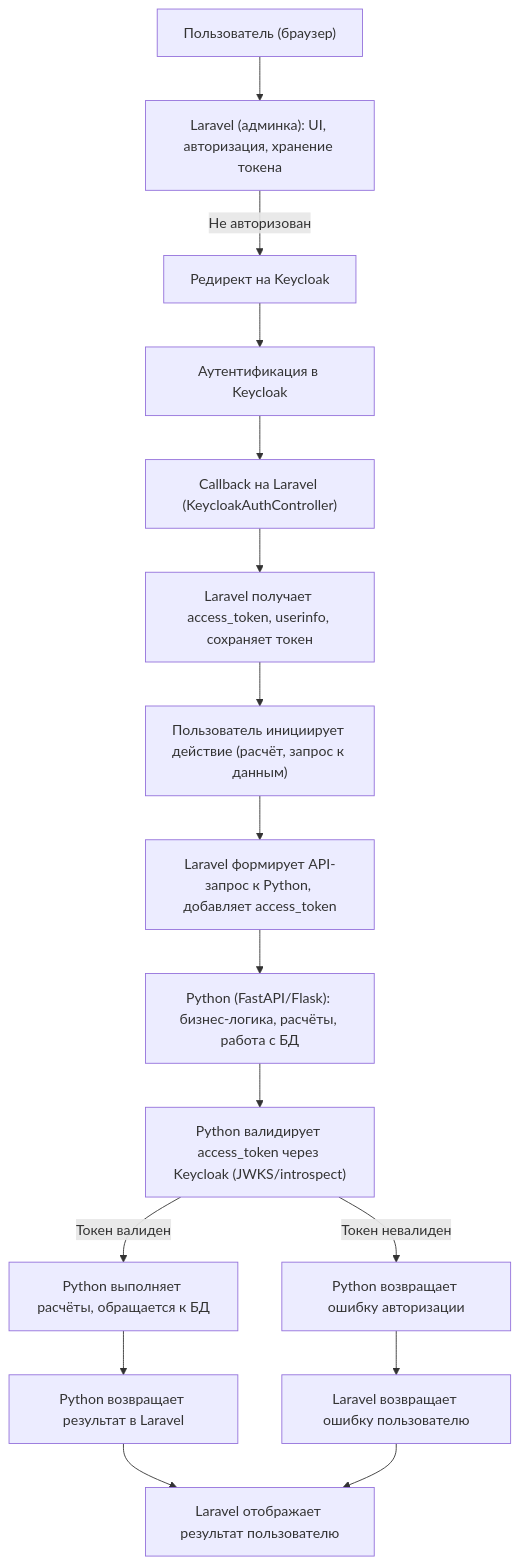
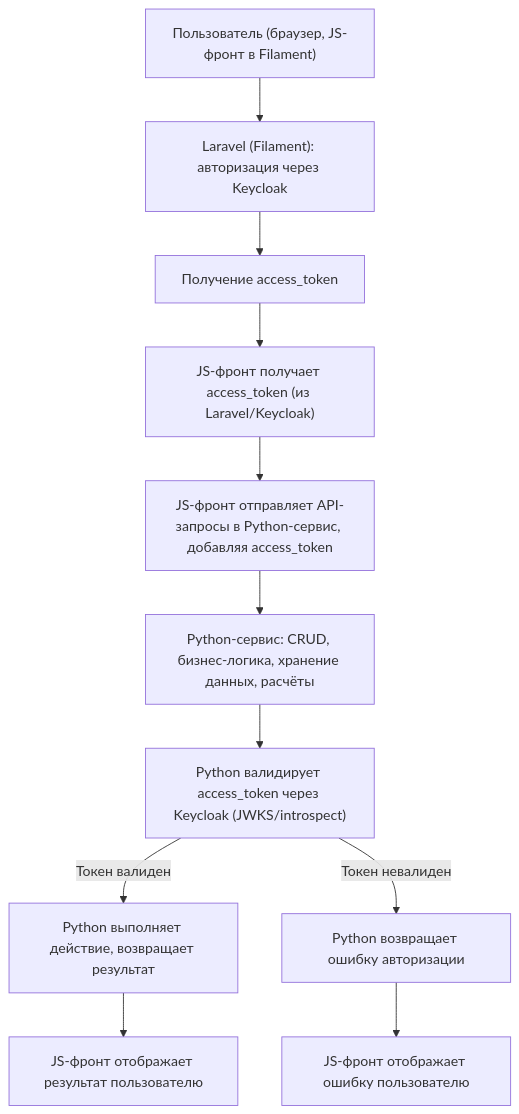
One commit to M-II-M/Diplom changed the diagram in README.md. Above: the diagram before and after it, drawn with Mermaid. The commit also changed other lines of this file, not shown here.

````diff
--- a/README.md
+++ b/README.md
@@ -159,18 +31,13 @@
 ```mermaid
 flowchart TD
-    A["Пользователь (браузер)"] --> B["Laravel (админка): UI, авторизация, хранение токена"]
-    B -- "Не авторизован" --> C["Редирект на Keycloak"]
-    C --> D["Аутентификация в Keycloak"]
-    D --> E["Callback на Laravel (KeycloakAuthController)"]
-    E --> F["Laravel получает access_token, userinfo, сохраняет токен"]
-    F --> G["Пользователь инициирует действие (расчёт, запрос к данным)"]
-    G --> H["Laravel формирует API-запрос к Python, добавляет access_token"]
-    H --> I["Python (FastAPI/Flask): бизнес-логика, расчёты, работа с БД"]
-    I --> J["Python валидирует access_token через Keycloak (JWKS/introspect)"]
-    J -- "Токен валиден" --> K["Python выполняет расчёты, обращается к БД"]
-    J -- "Токен невалиден" --> L["Python возвращает ошибку авторизации"]
-    K --> M["Python возвращает результат в Laravel"]
-    L --> N["Laravel возвращает ошибку пользователю"]
-    M --> O["Laravel отображает результат пользователю"]
-    N --> O
-``` 
+    A["Пользователь (браузер, JS-фронт в Filament)"] --> B["Laravel (Filament): авторизация через Keycloak"]
+    B --> C["Получение access_token"]
+    C --> D["JS-фронт получает access_token (из Laravel/Keycloak)"]
+    D --> E["JS-фронт отправляет API-запросы в Python-сервис, добавляя access_token"]
+    E --> F["Python-сервис: CRUD, бизнес-логика, хранение данных, расчёты"]
+    F --> G["Python валидирует access_token через Keycloak (JWKS/introspect)"]
+    G -- "Токен валиден" --> H["Python выполняет действие, возвращает результат"]
+    G -- "Токен невалиден" --> I["Python возвращает ошибку авторизации"]
+    H --> J["JS-фронт отображает результат пользователю"]
+    I --> K["JS-фронт отображает ошибку пользователю"]
+```
````
